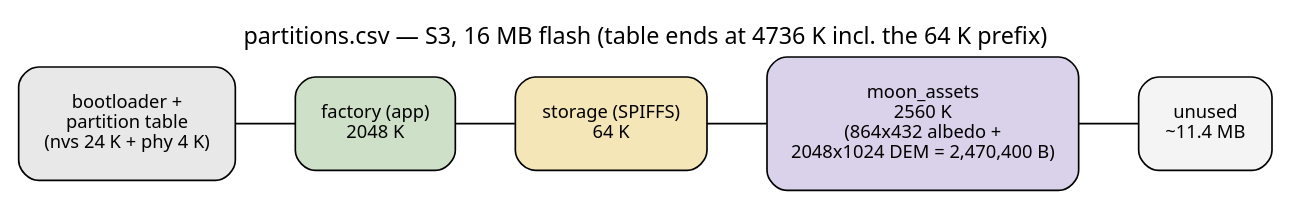
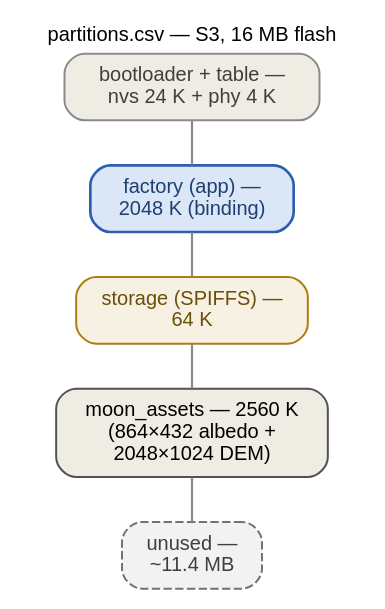
Before and after one commit to ukos-git/moon-clock-esp: the diagram in docs/_graphs/partition-s3.dot, drawn with Graphviz. The commit also changed 21 other files, not shown here.

```diff
--- a/docs/_graphs/partition-s3.dot
+++ b/docs/_graphs/partition-s3.dot
@@ -1,19 +1,40 @@
-// S3 (16 MB flash) partition layout — partitions.csv
+// S3 (16 MB flash) partition layout — partitions.csv, verified
+// against the tracked CSV before drawing: bootloader + partition
+// table (nvs 24 K + phy 4 K), factory app 2048 K (the binding
+// constraint of the family), storage SPIFFS 64 K, moon_assets
+// 2560 K (864x432 albedo + 2048x1024 DEM = 2,470,400 B combined),
+// then unused. The table ends at 4736 K including the 64 K prefix;
+// ~11.4 MB stays unused. The build-time partition-fit guard prices
+// the blob against this row (assets-pipeline-guards.dot).
+// FONTS: 12 pt = the page's 16 px body text at 1:1 — kept inside the
+// content column.
 // Rendered inline as SVG by sphinx.ext.graphviz (dot on PATH).
 digraph partitions_s3 {
-    rankdir=LR;
-    label="partitions.csv — S3, 16 MB flash (table ends at 4736 K incl. the 64 K prefix)";
-    labelloc=t;
-    fontsize=14;
-    fontname=sans;
-    node [fontname=sans, shape=box, style="rounded,filled", height=0.55, margin=0.22, fontsize=11];
-    edge [fontname=sans, fontsize=9, arrowhead=none];
+    rankdir=TB;
+    label="partitions.csv — S3, 16 MB flash";
+    labelloc="t"; labeljust="c";
+    fontname="Helvetica"; fontsize=12;
+    graph [nodesep=0.4, ranksep=0.38];
+    node [fontname="Helvetica", fontsize=12, shape=box, style="rounded,filled",
+          width=0, height=0, margin="0.16,0.10", fillcolor="#f2f2ef",
+          color="#525252", penwidth=1.2];
+    edge [fontname="Helvetica", fontsize=12, color="#8a8a8a", penwidth=1.3,
+          arrowhead=none];
 
-    boot    [label="bootloader +\npartition table\n(nvs 24 K + phy 4 K)", fillcolor="#e8e8e8", fillstyle=solid];
-    factory [label="factory (app)\n2048 K", fillcolor="#cfe0c8", fillstyle=solid];
-    storage [label="storage (SPIFFS)\n64 K", fillcolor="#f5e6b8", fillstyle=solid];
-    assets  [label="moon_assets\n2560 K\n(864x432 albedo +\n2048x1024 DEM = 2,470,400 B)", fillcolor="#d9d2ea", fillstyle=solid];
-    free    [label="unused\n~11.4 MB", fillcolor="#f4f4f4", fillstyle=solid];
+    boot    [label="bootloader + table —\nnvs 24 K + phy 4 K",
+             fillcolor="#efece4", color="#8a8a8a", fontcolor="#3f3f3f"];
+    factory [label="factory (app) —\n2048 K (binding)",
+             fillcolor="#dbe7f6", color="#2b5fb0", fontcolor="#1e3f70", penwidth=1.6];
+    storage [label="storage (SPIFFS) —\n64 K",
+             fillcolor="#f6f1e2", color="#b07d10", fontcolor="#6b4e08"];
+    assets  [label="moon_assets — 2560 K\n(864×432 albedo +\n2048×1024 DEM)",
+             fillcolor="#efece4"];
+    free    [label="unused —\n~11.4 MB",
+             fillcolor="#f2f2f2", color="#6b7280", fontcolor="#3f3f3f",
+             style="rounded,filled,dashed"];
 
-    boot -> factory -> storage -> assets -> free;
+    boot -> factory;
+    factory -> storage;
+    storage -> assets;
+    assets -> free;
 }
```
